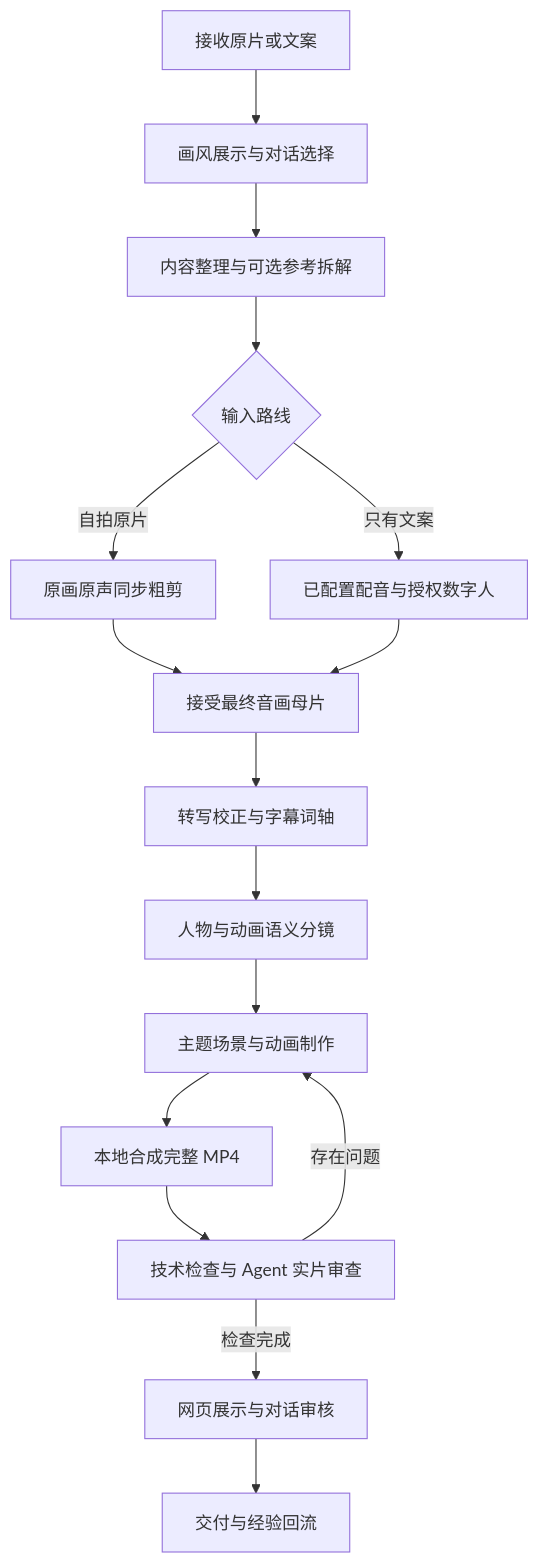
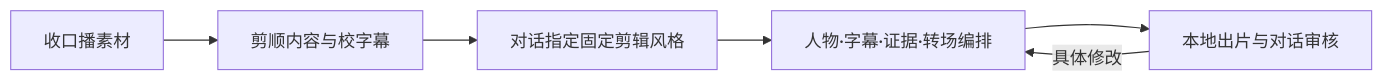
One commit to maomyu/talking-head-motion changed the diagram in README.md. Above: the diagram before and after it, drawn with Mermaid. The commit also changed other lines of this file and 50 other files, not shown here.

````diff
--- a/README.md
+++ b/README.md
@@ -24,18 +21,8 @@
 ```mermaid
-flowchart TD
-    A[接收原片或文案] --> B[画风展示与对话选择]
-    B --> C[内容整理与可选参考拆解]
-    C --> D{输入路线}
-    D -->|自拍原片| E[原画原声同步粗剪]
-    D -->|只有文案| F[已配置配音与授权数字人]
-    E --> G[接受最终音画母片]
-    F --> G
-    G --> H[转写校正与字幕词轴]
-    H --> I[人物与动画语义分镜]
-    I --> J[主题场景与动画制作]
-    J --> K[本地合成完整 MP4]
-    K --> L[技术检查与 Agent 实片审查]
-    L -->|存在问题| J
-    L -->|检查完成| M[网页展示与对话审核]
-    M --> N[交付与经验回流]
+flowchart LR
+    A[收口播素材] --> B[剪顺内容与校字幕]
+    B --> C[对话指定固定剪辑风格]
+    C --> D[人物·字幕·证据·转场编排]
+    D --> E[本地出片与对话审核]
+    E -->|具体修改| D
 ```
````
